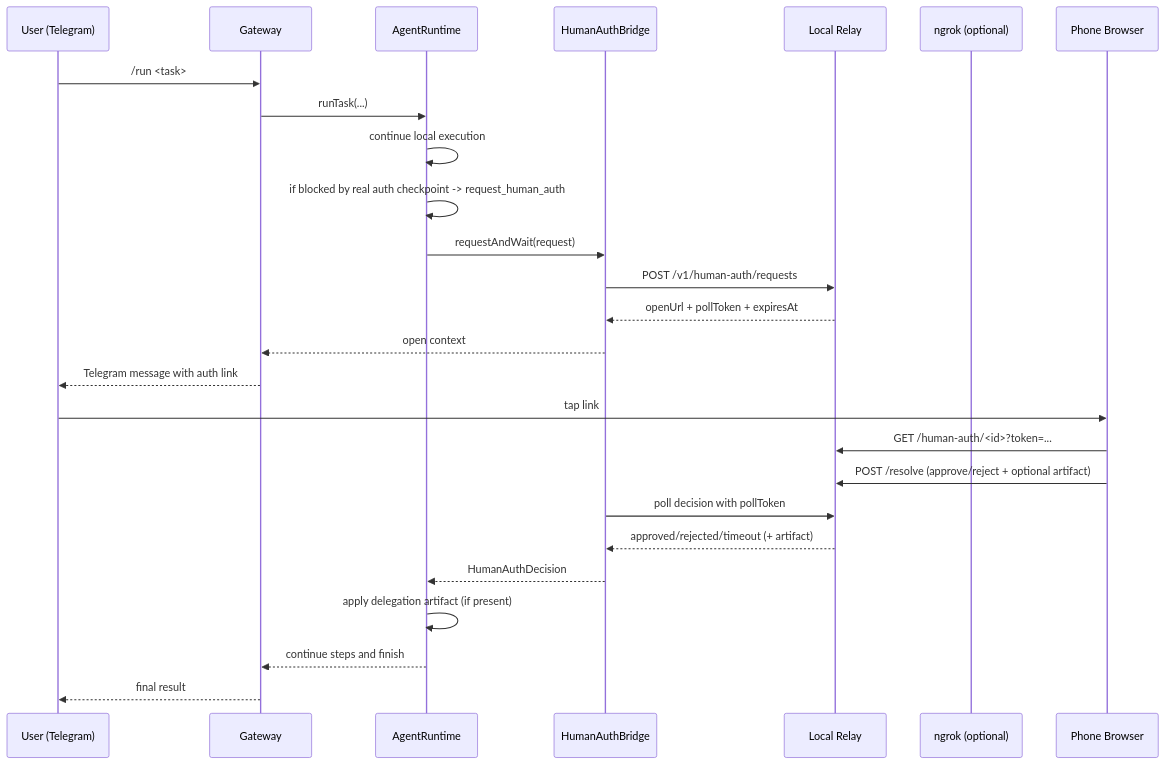
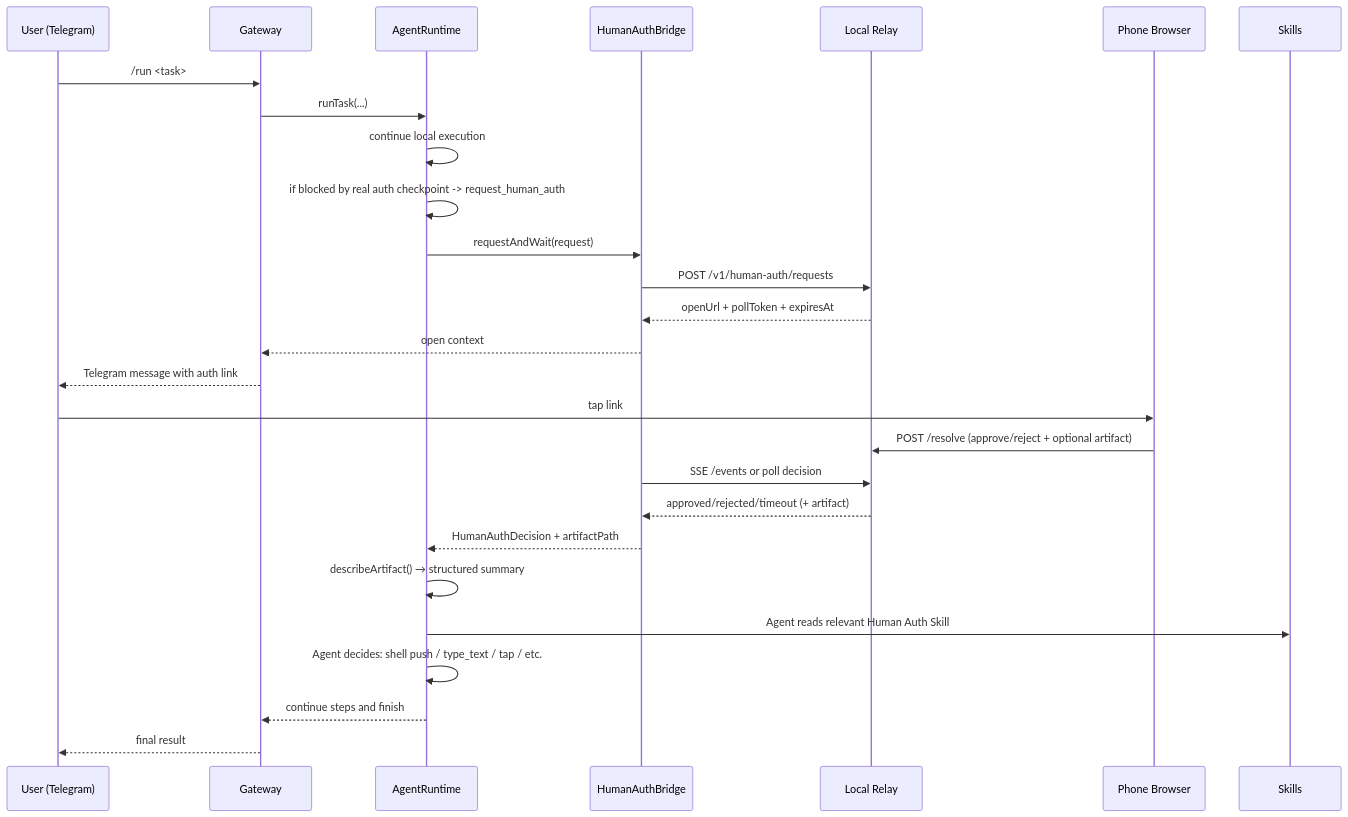
Before and after one commit to pockebot/openpocket: the second of 2 diagrams in frontend/concepts/remote-human-authorization.md, drawn with Mermaid. The commit also changed other lines of this file and 23 other files, not shown here.

First line of the commit message:
refactor(human-auth): agentic delegation model with skill-driven artifact handling

````diff
--- a/frontend/concepts/remote-human-authorization.md
+++ b/frontend/concepts/remote-human-authorization.md
@@ -88,29 +91,30 @@
 ```mermaid
 sequenceDiagram
   participant U as User (Telegram)
   participant G as Gateway
   participant A as AgentRuntime
   participant B as HumanAuthBridge
   participant R as Local Relay
-  participant N as ngrok (optional)
   participant P as Phone Browser
+  participant SK as Skills
 
   U->>G: /run <task>
   G->>A: runTask(...)
   A->>A: continue local execution
   A->>A: if blocked by real auth checkpoint -> request_human_auth
   A->>B: requestAndWait(request)
   B->>R: POST /v1/human-auth/requests
   R-->>B: openUrl + pollToken + expiresAt
   B-->>G: open context
   G-->>U: Telegram message with auth link
   U->>P: tap link
-  P->>R: GET /human-auth/<id>?token=...
   P->>R: POST /resolve (approve/reject + optional artifact)
-  B->>R: poll decision with pollToken
+  B->>R: SSE /events or poll decision
   R-->>B: approved/rejected/timeout (+ artifact)
-  B-->>A: HumanAuthDecision
-  A->>A: apply delegation artifact (if present)
+  B-->>A: HumanAuthDecision + artifactPath
+  A->>A: describeArtifact() → structured summary
+  A->>SK: Agent reads relevant Human Auth Skill
+  A->>A: Agent decides: shell push / type_text / tap / etc.
   A-->>G: continue steps and finish
   G-->>U: final result
 ```
````
